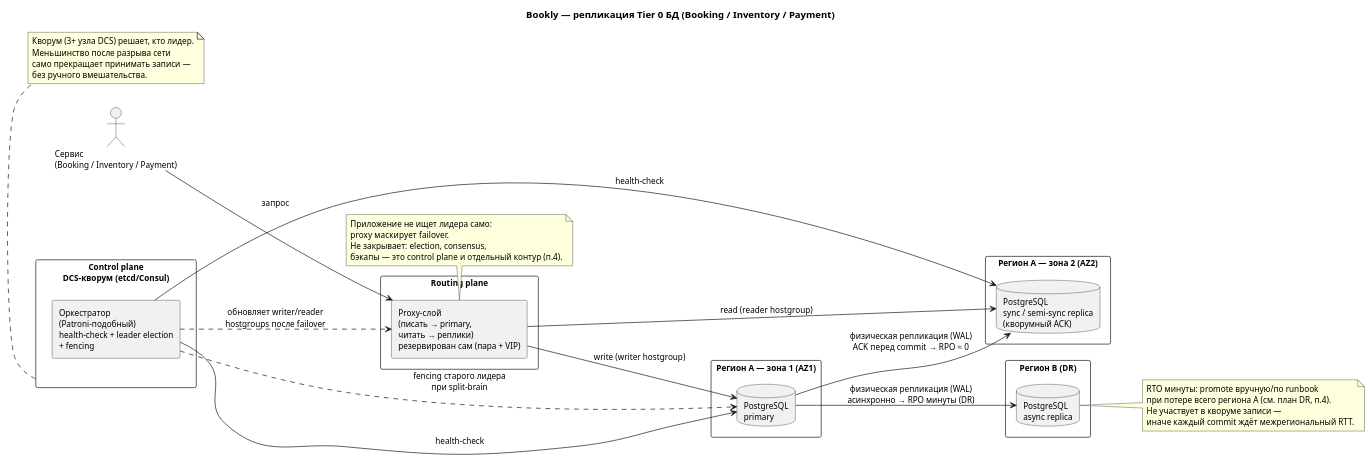
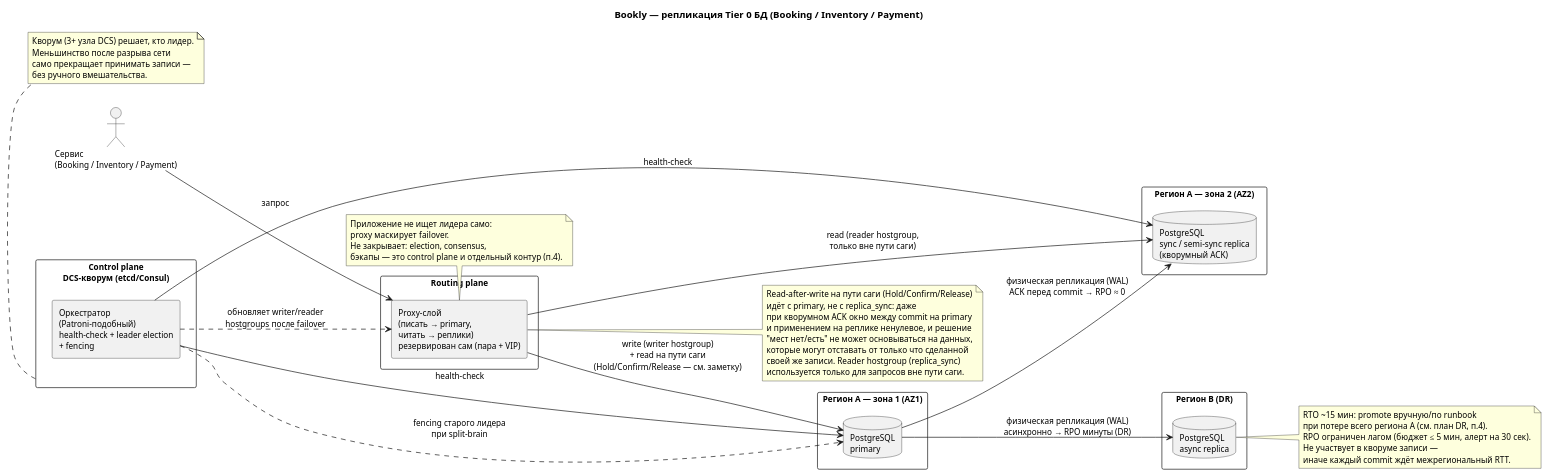
One commit to grahovsky/otus-systemdesign-homework changed the diagram in hw_05/solution/diagrams/replication-ha.puml. Above: the diagram before and after it, drawn with PlantUML. The commit also changed 1 other file, not shown here.

```diff
--- a/hw_05/solution/diagrams/replication-ha.puml
+++ b/hw_05/solution/diagrams/replication-ha.puml
@@ -1,63 +1,75 @@
 @startuml replication-ha
 title Bookly — репликация Tier 0 БД (Booking / Inventory / Payment)
 
 left to right direction
 skinparam defaultFontSize 12
 skinparam componentStyle rectangle
 
 actor "Сервис\n(Booking / Inventory / Payment)" as app
 
 rectangle "Routing plane" as routing {
   component "Proxy-слой\n(писать → primary,\nчитать → реплики)\nрезервирован сам (пара + VIP)" as proxy
 }
 
 rectangle "Control plane\nDCS-кворум (etcd/Consul)" as control {
   component "Оркестратор\n(Patroni-подобный)\nhealth-check + leader election\n+ fencing" as orchestrator
 }
 
 rectangle "Регион A — зона 1 (AZ1)" as az1 {
   database "PostgreSQL\nprimary" as primary
 }
 
 rectangle "Регион A — зона 2 (AZ2)" as az2 {
   database "PostgreSQL\nsync / semi-sync replica\n(кворумный ACK)" as replica_sync
 }
 
 rectangle "Регион B (DR)" as regionB {
   database "PostgreSQL\nasync replica" as replica_async
 }
 
 app --> proxy : запрос
-proxy --> primary : write (writer hostgroup)
-proxy --> replica_sync : read (reader hostgroup)
+proxy --> primary : write (writer hostgroup)\n+ read на пути саги\n(Hold/Confirm/Release — см. заметку)
+proxy --> replica_sync : read (reader hostgroup,\nтолько вне пути саги)
 
 primary --> replica_sync : физическая репликация (WAL)\nACK перед commit → RPO ≈ 0
 primary --> replica_async : физическая репликация (WAL)\nасинхронно → RPO минуты (DR)
 
 orchestrator --> primary : health-check
 orchestrator --> replica_sync : health-check
 orchestrator ..> proxy : обновляет writer/reader\nhostgroups после failover
 orchestrator ..> primary : fencing старого лидера\nпри split-brain
 
 note bottom of control
   Кворум (3+ узла DCS) решает, кто лидер.
   Меньшинство после разрыва сети
   само прекращает принимать записи —
   без ручного вмешательства.
 end note
 
 note right of replica_async
-  RTO минуты: promote вручную/по runbook
+  RTO ~15 мин: promote вручную/по runbook
   при потере всего региона A (см. план DR, п.4).
+  RPO ограничен лагом (бюджет ≤ 5 мин, алерт на 30 сек).
   Не участвует в кворуме записи —
   иначе каждый commit ждёт межрегиональный RTT.
 end note
 
 note bottom of proxy
   Приложение не ищет лидера само:
   proxy маскирует failover.
   Не закрывает: election, consensus,
   бэкапы — это control plane и отдельный контур (п.4).
 end note
 
+note right of proxy
+  Read-after-write на пути саги (Hold/Confirm/Release)
+  идёт с primary, не с replica_sync: даже
+  при кворумном ACK окно между commit на primary
+  и применением на реплике ненулевое, и решение
+  "мест нет/есть" не может основываться на данных,
+  которые могут отставать от только что сделанной
+  своей же записи. Reader hostgroup (replica_sync)
+  используется только для запросов вне пути саги.
+end note
+
 @enduml
```
